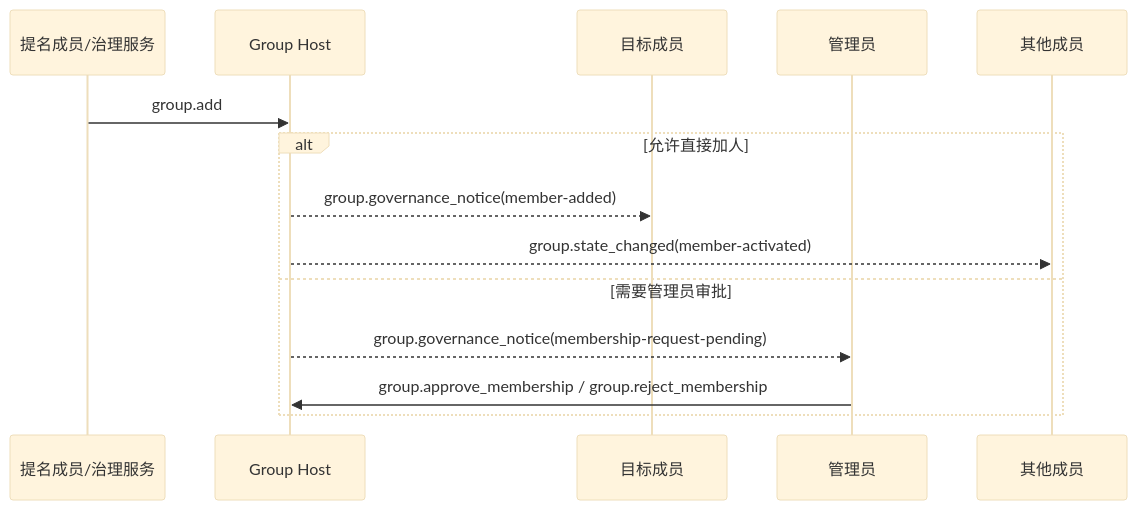
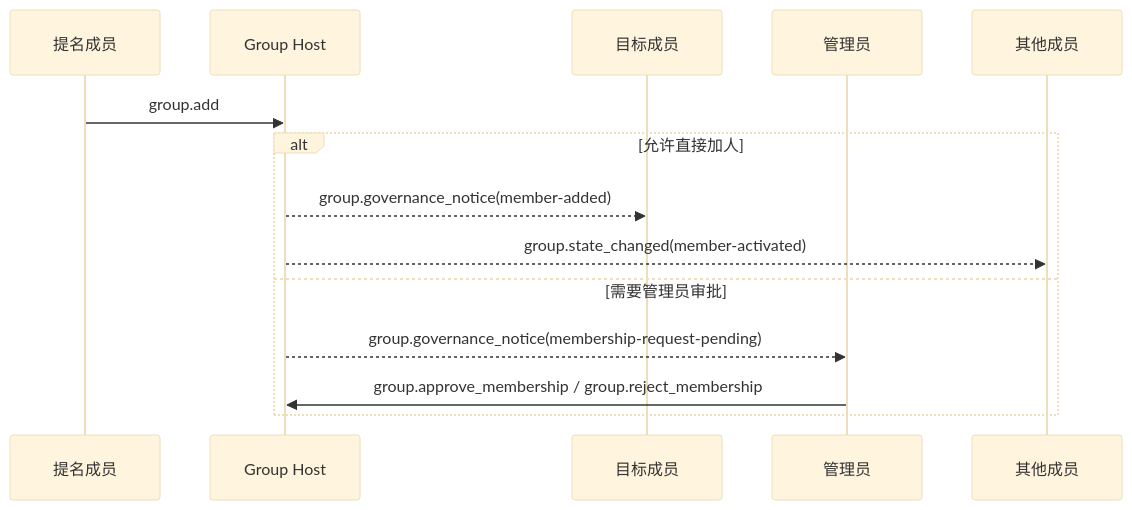
Before and after one commit to NeatNerdPrime/AgentNetworkProtocol: the fourth of 7 diagrams in chinese/message/04-群组基础语义.md, drawn with Mermaid (base theme). The commit also changed other lines of this file and 8 other files, not shown here.

````diff
--- a/chinese/message/04-群组基础语义.md
+++ b/chinese/message/04-群组基础语义.md
@@ -1252,17 +1273,17 @@
 ```mermaid
 sequenceDiagram
-    participant Proposer as 提名成员/治理服务
+    participant Proposer as 提名成员
     participant Host as Group Host
     participant Target as 目标成员
     participant Admin as 管理员
     participant Members as 其他成员
 
     Proposer->>Host: group.add
     alt 允许直接加人
         Host-->>Target: group.governance_notice(member-added)
         Host-->>Members: group.state_changed(member-activated)
     else 需要管理员审批
         Host-->>Admin: group.governance_notice(membership-request-pending)
         Admin->>Host: group.approve_membership / group.reject_membership
     end
 ```
````
